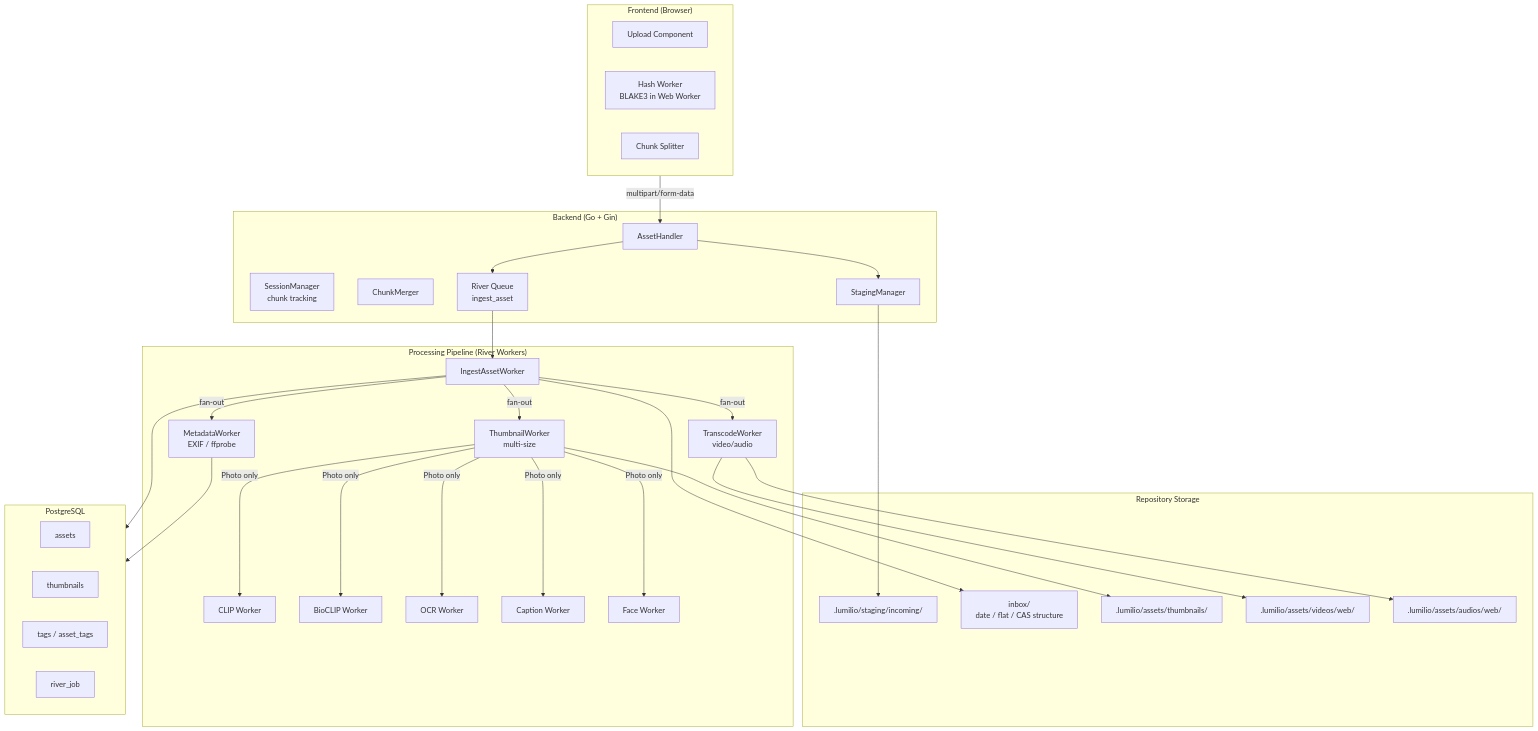
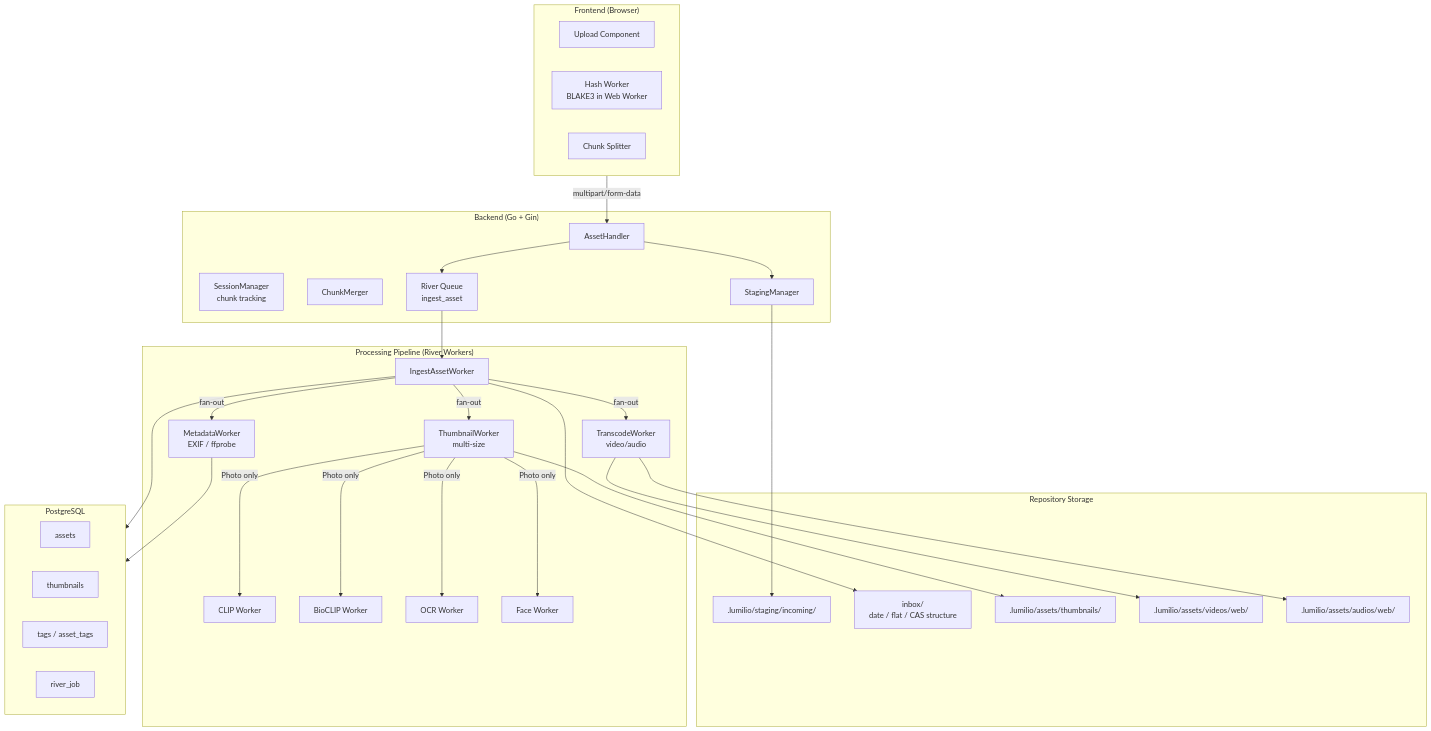
One commit to EdwinZhanCN/Lumilio-Photos changed the first of 15 diagrams in docs/en/developer-documentation/business-diagram/upload-workflow.md. Above: the diagram before and after it, drawn with Mermaid. The commit also changed other lines of this file and 52 other files, not shown here.

````diff
--- a/docs/en/developer-documentation/business-diagram/upload-workflow.md
+++ b/docs/en/developer-documentation/business-diagram/upload-workflow.md
@@ -5,56 +5,55 @@
 ```mermaid
 graph TB
     subgraph Client["Frontend (Browser)"]
         UP_COMP[Upload Component]
         HASH_W[Hash Worker<br/>BLAKE3 in Web Worker]
         CHUNK[Chunk Splitter]
     end
 
     subgraph Server["Backend (Go + Gin)"]
         HANDLER[AssetHandler]
         SM[SessionManager<br/>chunk tracking]
         CM[ChunkMerger]
         STAGING[StagingManager]
         INGEST_Q[River Queue<br/>ingest_asset]
     end
 
     subgraph Pipeline["Processing Pipeline (River Workers)"]
         INGEST_W[IngestAssetWorker]
         META_W[MetadataWorker<br/>EXIF / ffprobe]
         THUMB_W[ThumbnailWorker<br/>multi-size]
         TRANS_W[TranscodeWorker<br/>video/audio]
         CLIP_W[CLIP Worker]
         BIOCLIP_W[BioCLIP Worker]
         OCR_W[OCR Worker]
-        CAPTION_W[Caption Worker]
         FACE_W[Face Worker]
     end
 
     subgraph Storage["Repository Storage"]
         STAGE_DIR[".lumilio/staging/incoming/"]
         INBOX["inbox/<br/>date / flat / CAS structure"]
         THUMBS[".lumilio/assets/thumbnails/"]
         VIDEOS[".lumilio/assets/videos/web/"]
         AUDIOS[".lumilio/assets/audios/web/"]
     end
 
     subgraph DB["PostgreSQL"]
         ASSETS[assets]
         THUMBNAILS[thumbnails]
         TAGS[tags / asset_tags]
         RIVER_JOBS[river_job]
     end
 
     Client -->|multipart/form-data| HANDLER
     HANDLER --> STAGING
     STAGING --> STAGE_DIR
     HANDLER --> INGEST_Q
     INGEST_Q --> INGEST_W
     INGEST_W --> INBOX
     INGEST_W -->|fan-out| META_W & THUMB_W & TRANS_W
-    THUMB_W -->|Photo only| CLIP_W & BIOCLIP_W & OCR_W & CAPTION_W & FACE_W
+    THUMB_W -->|Photo only| CLIP_W & BIOCLIP_W & OCR_W & FACE_W
     INGEST_W --> DB
     META_W --> DB
     THUMB_W --> THUMBS
     TRANS_W --> VIDEOS & AUDIOS
 ```
````
